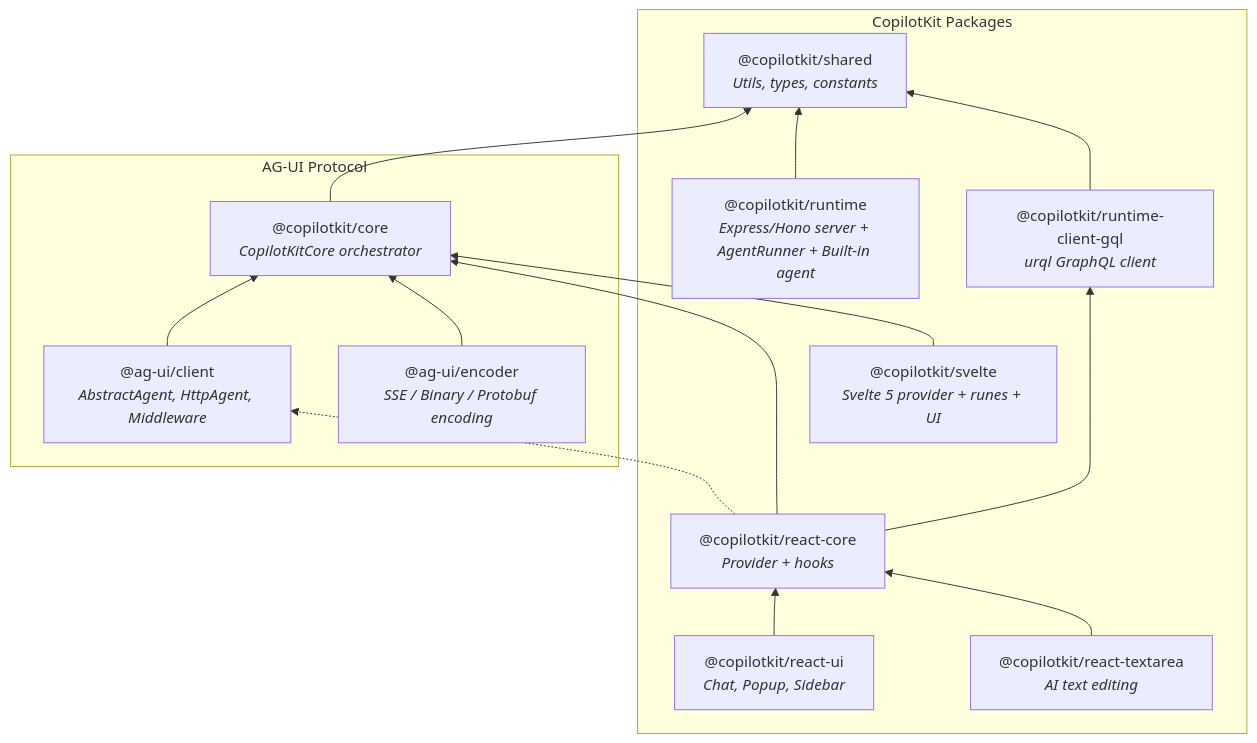
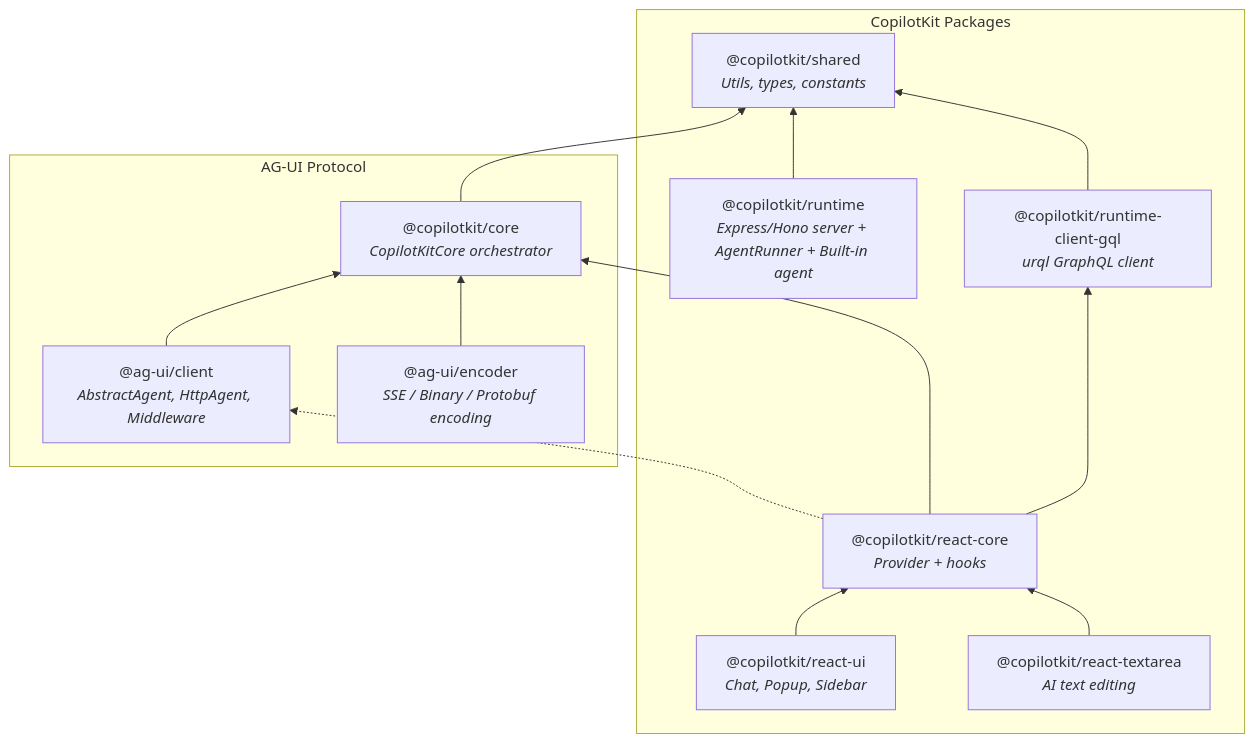
Before and after one commit to CopilotKit/CopilotKit: the third of 4 diagrams in dev-docs/architecture/ARCHITECTURE.md, drawn with Mermaid. The commit also changed other lines of this file and 2 other files, not shown here.

Commit message:
docs(svelte): publish compatibility guide

````diff
--- a/dev-docs/architecture/ARCHITECTURE.md
+++ b/dev-docs/architecture/ARCHITECTURE.md
@@ -106,31 +105,29 @@
 ```mermaid
 graph BT
     subgraph AG-UI Protocol
         core["@ag-ui/core<br/><i>Types + Event schemas</i>"]
         client["@ag-ui/client<br/><i>AbstractAgent, HttpAgent, Middleware</i>"]
         encoder["@ag-ui/encoder<br/><i>SSE / Binary / Protobuf encoding</i>"]
         client --> core
         encoder --> core
     end
 
     subgraph CopilotKit Packages
         shared["@copilotkit/shared<br/><i>Utils, types, constants</i>"]
         core["@copilotkit/core<br/><i>CopilotKitCore orchestrator</i>"]
         reactcore["@copilotkit/react-core<br/><i>Provider + hooks</i>"]
         reactui["@copilotkit/react-ui<br/><i>Chat, Popup, Sidebar</i>"]
-        svelte["@copilotkit/svelte<br/><i>Svelte 5 provider + runes + UI</i>"]
         reacttextarea["@copilotkit/react-textarea<br/><i>AI text editing</i>"]
         gql["@copilotkit/runtime-client-gql<br/><i>urql GraphQL client</i>"]
         runtime["@copilotkit/runtime<br/><i>Express/Hono server + AgentRunner + Built-in agent</i>"]
 
         core --> shared
         reactcore --> core
-        svelte --> core
         reactcore --> gql
         reactui --> reactcore
         reacttextarea --> reactcore
         runtime --> shared
         reactcore -.-> client
         gql --> shared
     end
 ```
````
